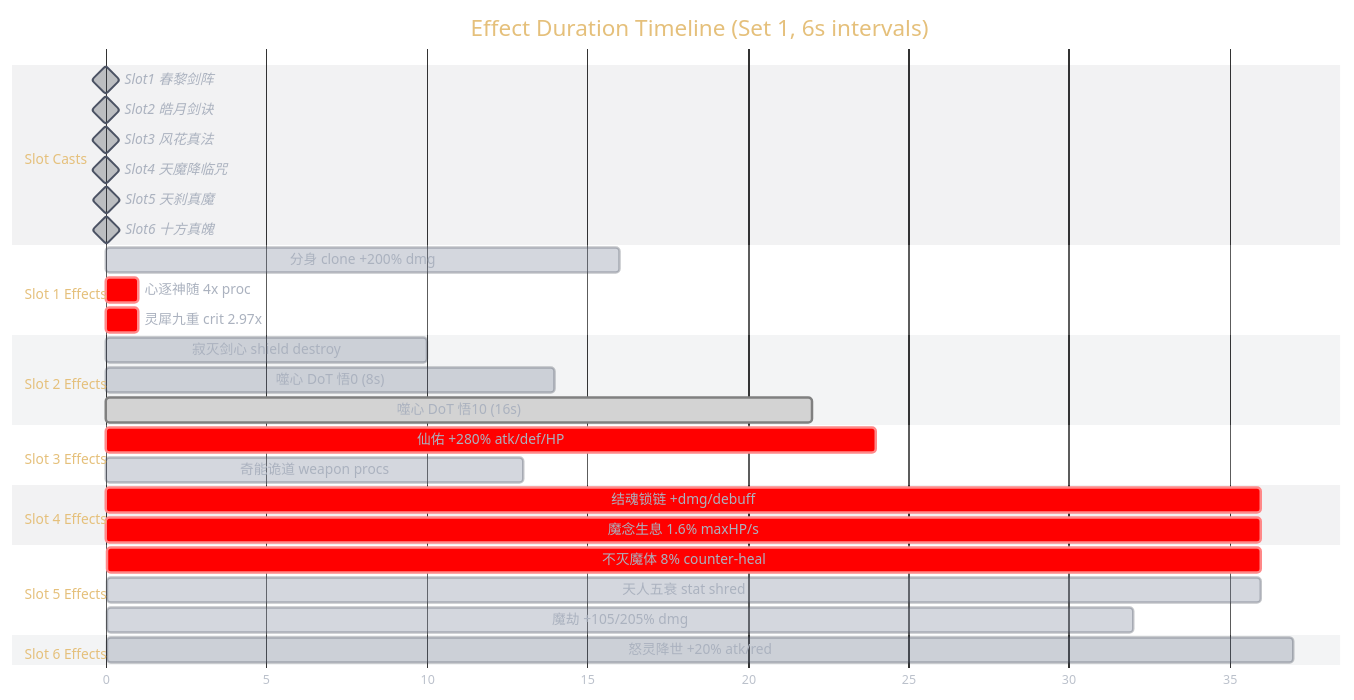
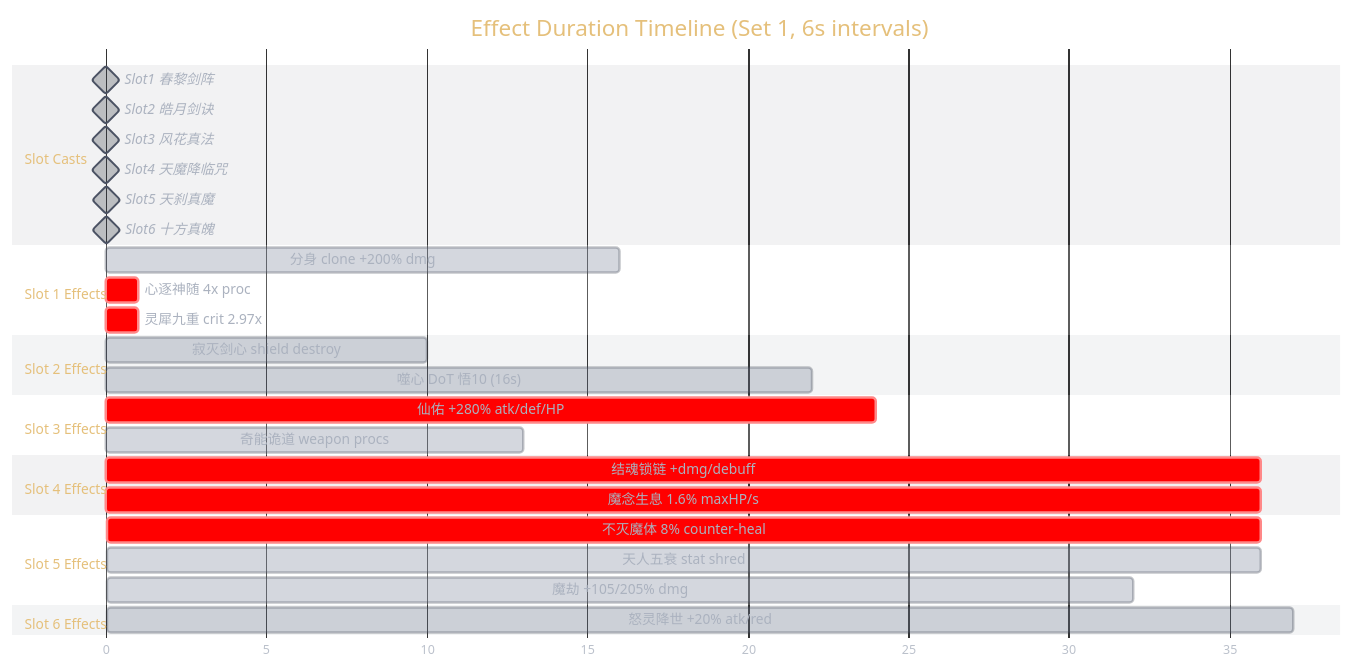
One commit to zhifengzhang-sz/divine-book changed the second of 14 diagrams in data/books/剑九.md. Above: the diagram before and after it, drawn with Mermaid. The commit also changed other lines of this file, not shown here.

First line of the commit message:
fix(剑九): review corrections — stack cap, assumptions, timeline

````diff
--- a/data/books/剑九.md
+++ b/data/books/剑九.md
@@ -458,41 +458,40 @@
 ```mermaid
 %%{init: {'theme': 'base', 'themeVariables': {'primaryColor': '#3e44514D', 'primaryTextColor': '#abb2bf', 'primaryBorderColor': '#4b5263', 'lineColor': '#61afef', 'secondaryColor': '#2c313a4D', 'secondaryTextColor': '#abb2bf', 'secondaryBorderColor': '#4b5263', 'tertiaryColor': '#282c344D', 'mainBkg': '#3e44514D', 'nodeBorder': '#4b5263', 'clusterBkg': '#2c313a4D', 'clusterBorder': '#4b5263', 'titleColor': '#e5c07b', 'edgeLabelBackground': '#282c34', 'textColor': '#abb2bf', 'background': '#282c34'}}}%%
 gantt
     title Effect Duration Timeline (Set 1, 6s intervals)
     dateFormat X
     axisFormat %s
 
     section Slot Casts
     Slot1 春黎剑阵           :milestone, 0, 0
     Slot2 皓月剑诀           :milestone, 6, 0
     Slot3 风花真法            :milestone, 12, 0
     Slot4 天魔降临咒          :milestone, 18, 0
     Slot5 天刹真魔            :milestone, 24, 0
     Slot6 十方真魄            :milestone, 30, 0
 
     section Slot 1 Effects
     分身 clone +200% dmg     :active, 0, 16
     心逐神随 4x proc         :crit, 0, 1
     灵犀九重 crit 2.97x      :crit, 0, 1
 
     section Slot 2 Effects
     寂灭剑心 shield destroy  :active, 6, 10
-    噬心 DoT 悟0 (8s)        :active, 6, 14
-    噬心 DoT 悟10 (16s)      :done, 6, 22
+    噬心 DoT 悟10 (16s)      :active, 6, 22
 
     section Slot 3 Effects
     仙佑 +280% atk/def/HP   :crit, 12, 24
     奇能诡道 weapon procs    :active, 12, 13
 
     section Slot 4 Effects
     结魂锁链 +dmg/debuff     :crit, 18, 36
     魔念生息 1.6% maxHP/s    :crit, 18, 36
 
     section Slot 5 Effects
     不灭魔体 8% counter-heal :crit, 24, 36
     天人五衰 stat shred      :active, 24, 36
     魔劫 +105/205% dmg       :active, 24, 32
 
     section Slot 6 Effects
     怒灵降世 +20% atk/red   :active, 30, 37
 ```
````
